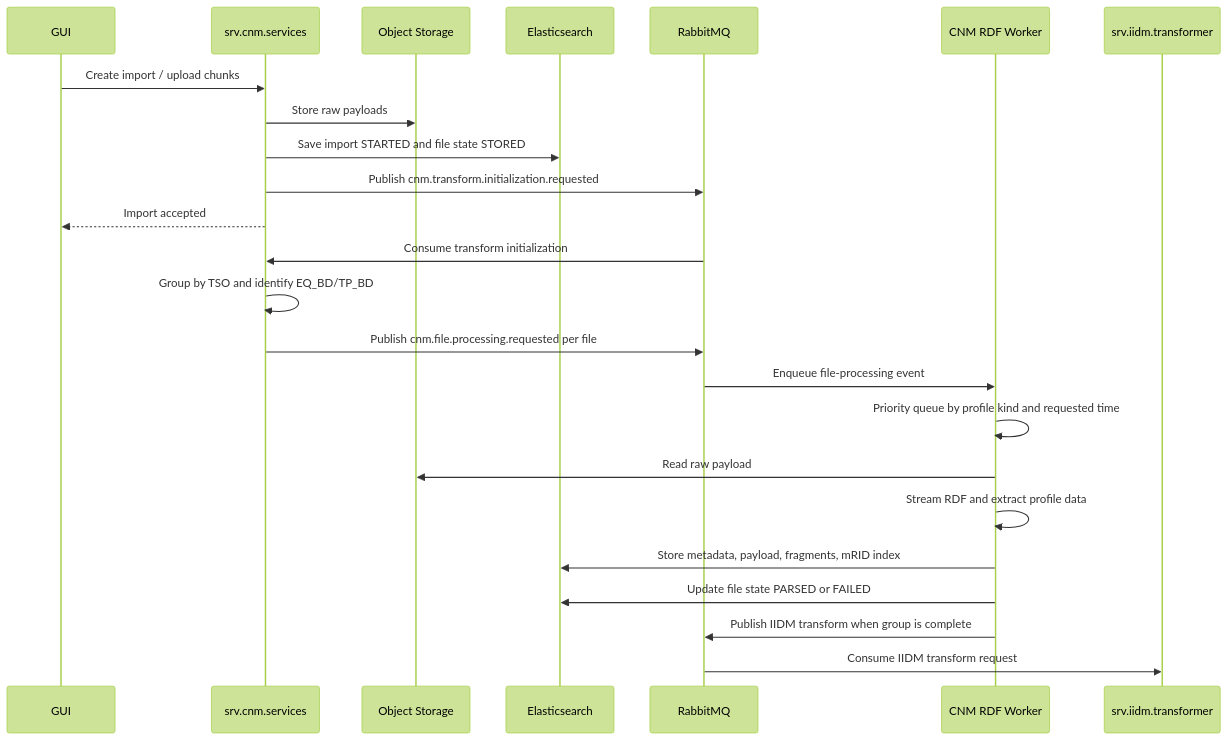
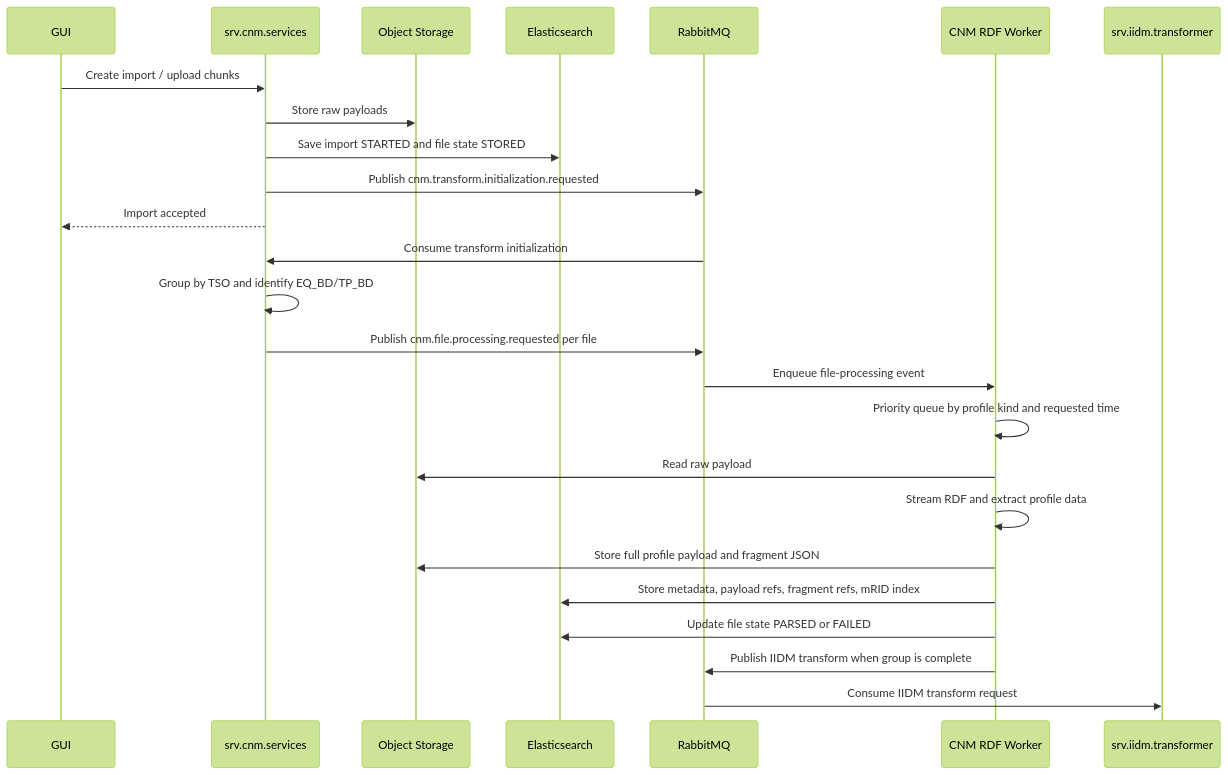
The diagram in doc.arch/CNM_IMPORT_DESIGN.md (gsrinike/egm-suite), drawn with Mermaid (forest theme) before and after one commit. The commit also changed other lines of this file and 16 other files, not shown here.

````diff
--- a/doc.arch/CNM_IMPORT_DESIGN.md
+++ b/doc.arch/CNM_IMPORT_DESIGN.md
@@ -108,27 +115,28 @@
 ```mermaid
 sequenceDiagram
   participant GUI as GUI
   participant CNM as srv.cnm.services
   participant MinIO as Object Storage
   participant ES as Elasticsearch
   participant MQ as RabbitMQ
   participant Worker as CNM RDF Worker
   participant IIDM as srv.iidm.transformer
 
   GUI->>CNM: Create import / upload chunks
   CNM->>MinIO: Store raw payloads
   CNM->>ES: Save import STARTED and file state STORED
   CNM->>MQ: Publish cnm.transform.initialization.requested
   CNM-->>GUI: Import accepted
   MQ->>CNM: Consume transform initialization
   CNM->>CNM: Group by TSO and identify EQ_BD/TP_BD
   CNM->>MQ: Publish cnm.file.processing.requested per file
   MQ->>Worker: Enqueue file-processing event
   Worker->>Worker: Priority queue by profile kind and requested time
   Worker->>MinIO: Read raw payload
   Worker->>Worker: Stream RDF and extract profile data
-  Worker->>ES: Store metadata, payload, fragments, mRID index
+  Worker->>MinIO: Store full profile payload and fragment JSON
+  Worker->>ES: Store metadata, payload refs, fragment refs, mRID index
   Worker->>ES: Update file state PARSED or FAILED
   Worker->>MQ: Publish IIDM transform when group is complete
   MQ->>IIDM: Consume IIDM transform request
 ```
````
